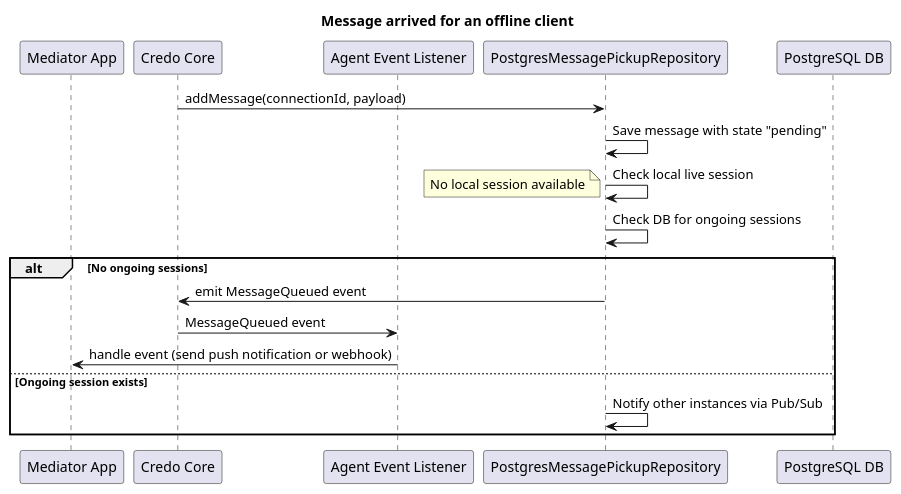
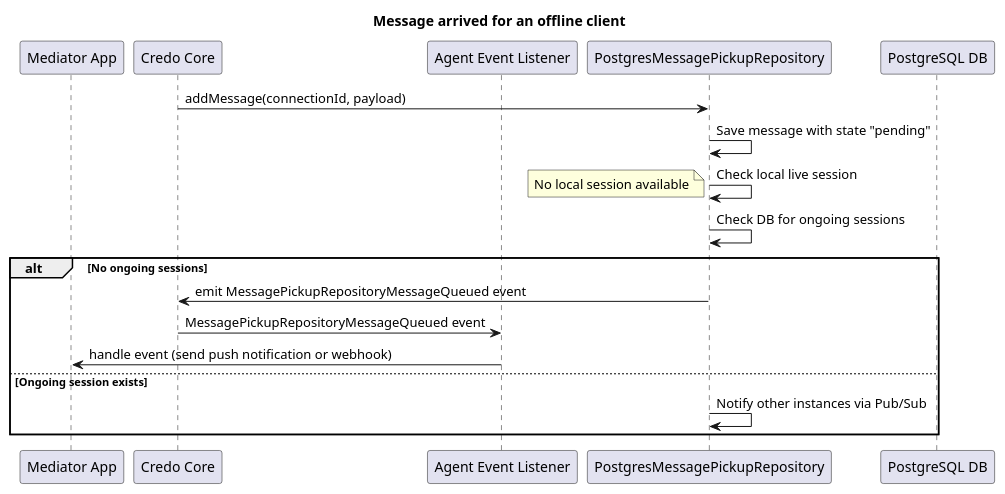
Before and after one commit to openwallet-foundation/didcomm-mediator-credo: the diagram in packages/message-pickup-repository-pg/docs/diagrams/message-arrived-offline-client.puml, drawn with PlantUML. The commit also changed 2 other files, not shown here.

Commit message:
docs: Change  MessageQueued to MessagePickupRepositoryMessageQueued documentation references.

```diff
--- a/packages/message-pickup-repository-pg/docs/diagrams/message-arrived-offline-client.puml
+++ b/packages/message-pickup-repository-pg/docs/diagrams/message-arrived-offline-client.puml
@@ -1,25 +1,25 @@
 @startuml
 title Message arrived for an offline client
 
 participant CA1 as "Mediator App"
 participant CC1 as "Credo Core"
 participant CC2 as "Agent Event Listener"
 participant CP1 as "PostgresMessagePickupRepository"
 participant DB as "PostgreSQL DB"
 
 CC1 -> CP1: addMessage(connectionId, payload)
 CP1 -> CP1: Save message with state "pending"
 CP1 -> CP1: Check local live session
 note left
 No local session available
 end note
 CP1 -> CP1: Check DB for ongoing sessions
 alt No ongoing sessions
-  CP1 -> CC1: emit MessageQueued event
-  CC1 -> CC2: MessageQueued event
+  CP1 -> CC1: emit MessagePickupRepositoryMessageQueued event
+  CC1 -> CC2: MessagePickupRepositoryMessageQueued event
   CC2 -> CA1: handle event (send push notification or webhook)
 else Ongoing session exists
   CP1 -> CP1: Notify other instances via Pub/Sub
 end
 
 @enduml
```
